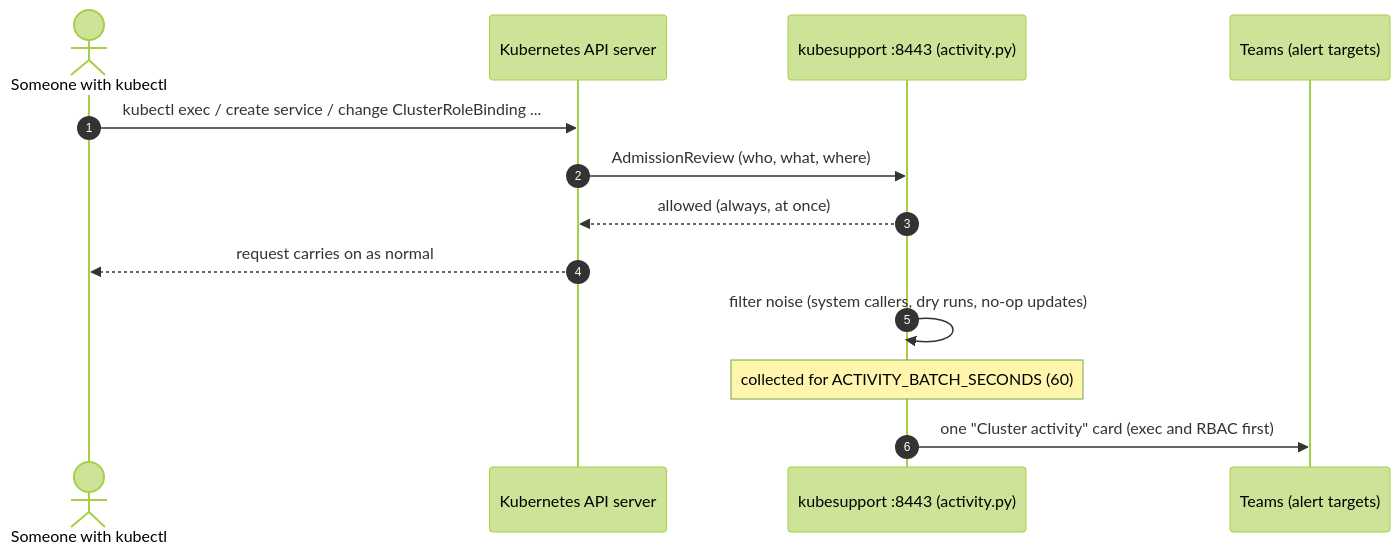
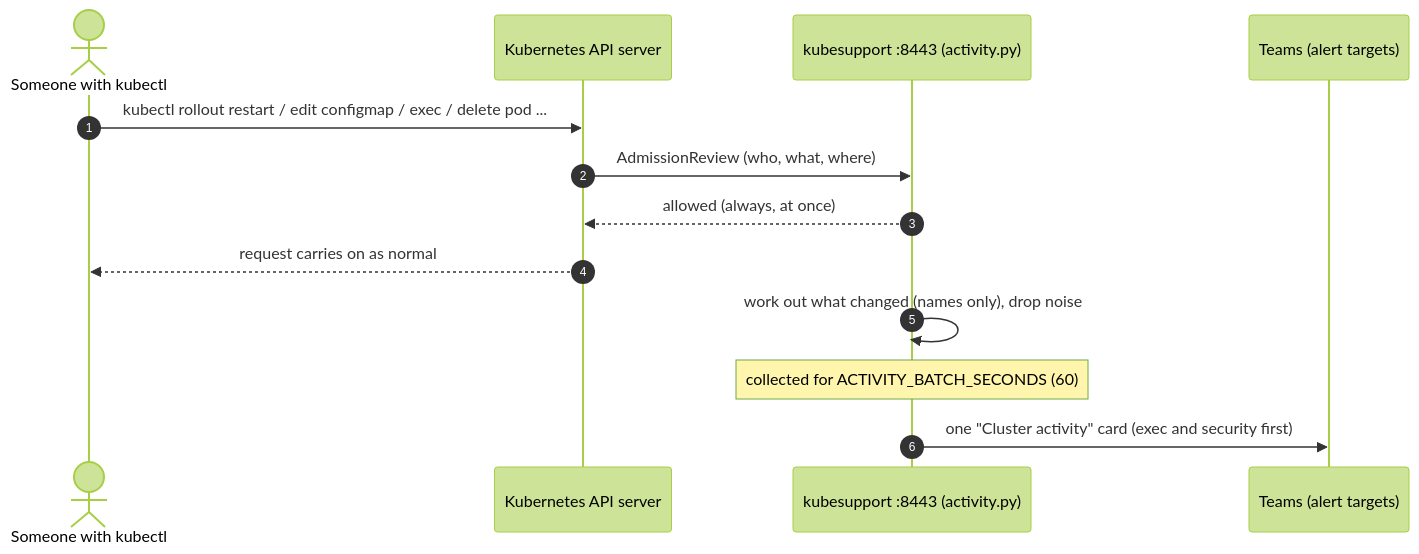
Before and after one commit to jaychandra1/Agent-kube: the seventh of 10 diagrams in docs/ARCHITECTURE.md, drawn with Mermaid (forest theme). The commit also changed other lines of this file and 13 other files, not shown here.

````diff
--- a/docs/ARCHITECTURE.md
+++ b/docs/ARCHITECTURE.md
@@ -224,15 +224,15 @@
 ```mermaid
 sequenceDiagram
     autonumber
     actor Admin as Someone with kubectl
     participant K as Kubernetes API server
     participant H as kubesupport :8443 (activity.py)
     participant T as Teams (alert targets)
-    Admin->>K: kubectl exec / create service / change ClusterRoleBinding ...
+    Admin->>K: kubectl rollout restart / edit configmap / exec / delete pod ...
     K->>H: AdmissionReview (who, what, where)
     H-->>K: allowed (always, at once)
     K-->>Admin: request carries on as normal
-    H->>H: filter noise (system callers, dry runs, no-op updates)
+    H->>H: work out what changed (names only), drop noise
     Note over H: collected for ACTIVITY_BATCH_SECONDS (60)
-    H->>T: one "Cluster activity" card (exec and RBAC first)
+    H->>T: one "Cluster activity" card (exec and security first)
 ```
````
